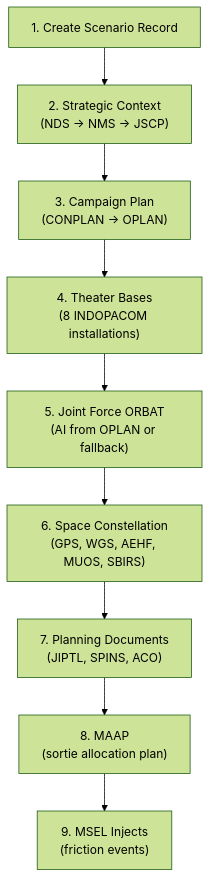
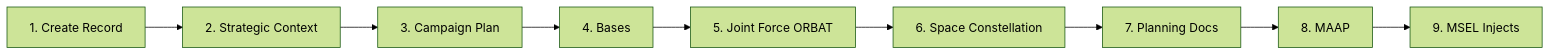
The diagram in docs/scenario-pipeline.md (neg-0/overwatch), drawn with Mermaid (forest theme) before and after one commit. The commit also changed other lines of this file and 12 other files, not shown here.

````diff
--- a/docs/scenario-pipeline.md
+++ b/docs/scenario-pipeline.md
@@ -9,14 +7,11 @@
 ```mermaid
-graph TD
-    S1["1. Create Scenario Record"]
-    S2["2. Strategic Context<br>(NDS → NMS → JSCP)"]
-    S3["3. Campaign Plan<br>(CONPLAN → OPLAN)"]
-    S4["4. Theater Bases<br>(8 INDOPACOM installations)"]
-    S5["5. Joint Force ORBAT<br>(AI from OPLAN or fallback)"]
-    S6["6. Space Constellation<br>(GPS, WGS, AEHF, MUOS, SBIRS)"]
-    S7["7. Planning Documents<br>(JIPTL, SPINS, ACO)"]
-    S8["8. MAAP<br>(sortie allocation plan)"]
-    S9["9. MSEL Injects<br>(friction events)"]
-
-    S1 --> S2 --> S3 --> S4 --> S5 --> S6 --> S7 --> S8 --> S9
+graph LR
+    S1[1. Create Record] --> S2[2. Strategic Context]
+    S2 --> S3[3. Campaign Plan]
+    S3 --> S4[4. Bases]
+    S4 --> S5[5. Joint Force ORBAT]
+    S5 --> S6[6. Space Constellation]
+    S6 --> S7[7. Planning Docs]
+    S7 --> S8[8. MAAP]
+    S8 --> S9[9. MSEL Injects]
 ```
````
